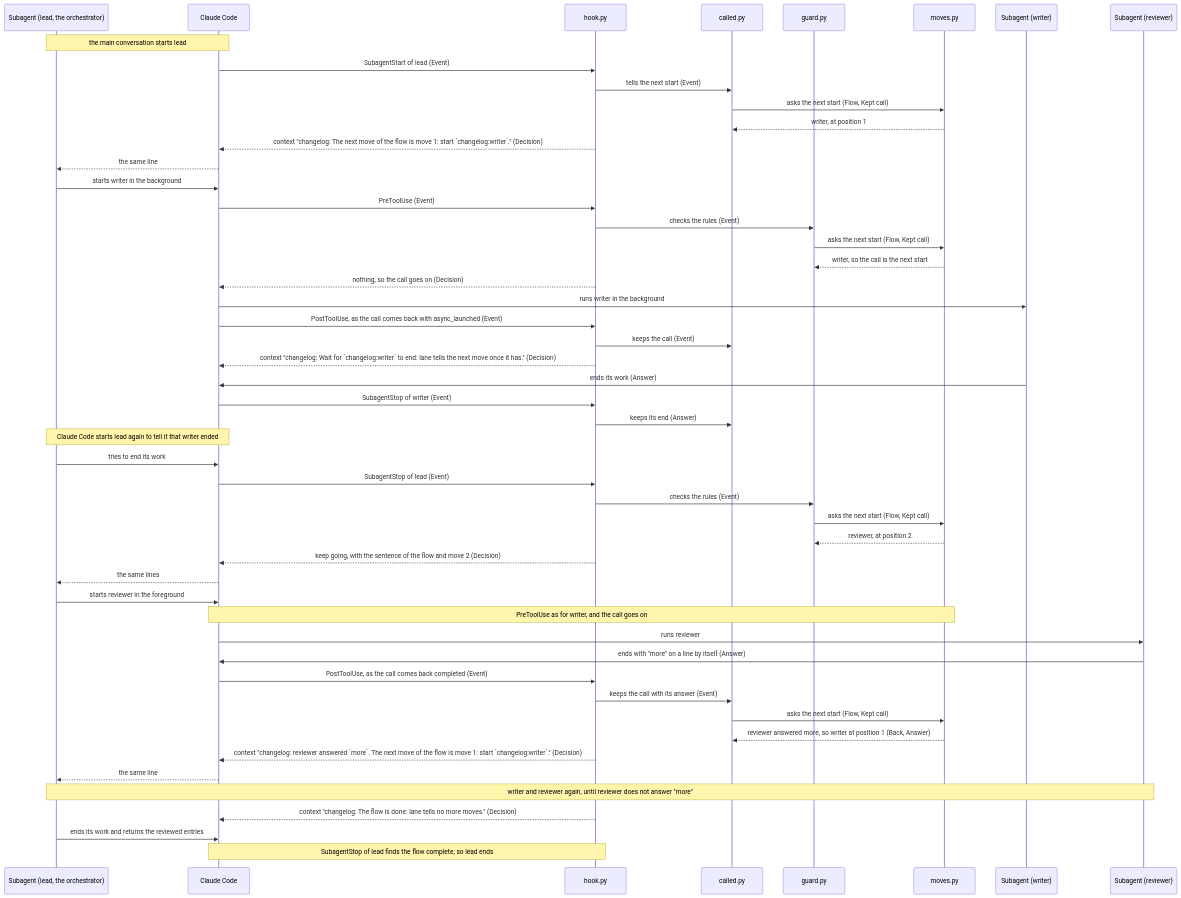
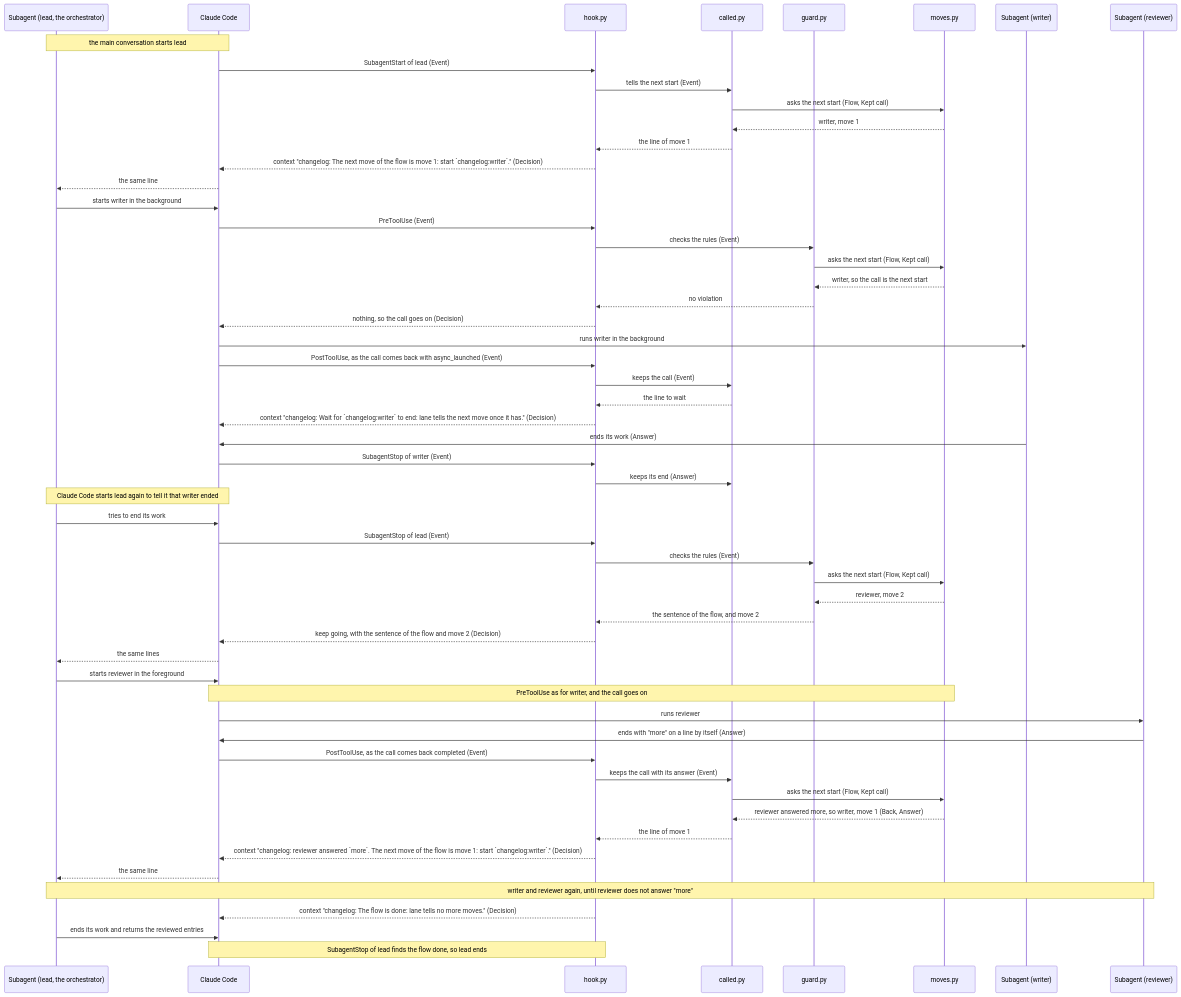
The seventh of 7 diagrams in dev/lane/architecture.md (lovaizu/ccpm), drawn with Mermaid before and after one commit. The commit also changed other lines of this file and 2 other files, not shown here.

First line of the commit message:
Mend lane's UX, README and architecture on a fresh evaluator's reading

````diff
--- a/dev/lane/architecture.md
+++ b/dev/lane/architecture.md
@@ -361,53 +385,58 @@
 ```mermaid
 sequenceDiagram
   participant O as Subagent (lead, the orchestrator)
   participant CC as Claude Code
   participant H as hook.py
   participant C as called.py
   participant G as guard.py
   participant M as moves.py
   participant W as Subagent (writer)
   participant R as Subagent (reviewer)
   Note over O,CC: the main conversation starts lead
   CC->>H: SubagentStart of lead (Event)
   H->>C: tells the next start (Event)
   C->>M: asks the next start (Flow, Kept call)
-  M-->>C: writer, at position 1
+  M-->>C: writer, move 1
+  C-->>H: the line of move 1
   H-->>CC: context "changelog: The next move of the flow is move 1: start `changelog:writer`." (Decision)
   CC-->>O: the same line
   O->>CC: starts writer in the background
   CC->>H: PreToolUse (Event)
   H->>G: checks the rules (Event)
   G->>M: asks the next start (Flow, Kept call)
   M-->>G: writer, so the call is the next start
+  G-->>H: no violation
   H-->>CC: nothing, so the call goes on (Decision)
   CC->>W: runs writer in the background
   CC->>H: PostToolUse, as the call comes back with async_launched (Event)
   H->>C: keeps the call (Event)
+  C-->>H: the line to wait
   H-->>CC: context "changelog: Wait for `changelog:writer` to end: lane tells the next move once it has." (Decision)
   W->>CC: ends its work (Answer)
   CC->>H: SubagentStop of writer (Event)
   H->>C: keeps its end (Answer)
   Note over O,CC: Claude Code starts lead again to tell it that writer ended
   O->>CC: tries to end its work
   CC->>H: SubagentStop of lead (Event)
   H->>G: checks the rules (Event)
   G->>M: asks the next start (Flow, Kept call)
-  M-->>G: reviewer, at position 2
+  M-->>G: reviewer, move 2
+  G-->>H: the sentence of the flow, and move 2
   H-->>CC: keep going, with the sentence of the flow and move 2 (Decision)
   CC-->>O: the same lines
   O->>CC: starts reviewer in the foreground
   Note over CC,M: PreToolUse as for writer, and the call goes on
   CC->>R: runs reviewer
   R->>CC: ends with "more" on a line by itself (Answer)
   CC->>H: PostToolUse, as the call comes back completed (Event)
   H->>C: keeps the call with its answer (Event)
   C->>M: asks the next start (Flow, Kept call)
-  M-->>C: reviewer answered more, so writer at position 1 (Back, Answer)
+  M-->>C: reviewer answered more, so writer, move 1 (Back, Answer)
+  C-->>H: the line of move 1
   H-->>CC: context "changelog: reviewer answered `more`. The next move of the flow is move 1: start `changelog:writer`." (Decision)
   CC-->>O: the same line
   Note over O,R: writer and reviewer again, until reviewer does not answer "more"
   H-->>CC: context "changelog: The flow is done: lane tells no more moves." (Decision)
   O->>CC: ends its work and returns the reviewed entries
-  Note over CC,H: SubagentStop of lead finds the flow complete, so lead ends
+  Note over CC,H: SubagentStop of lead finds the flow done, so lead ends
 ```
````
